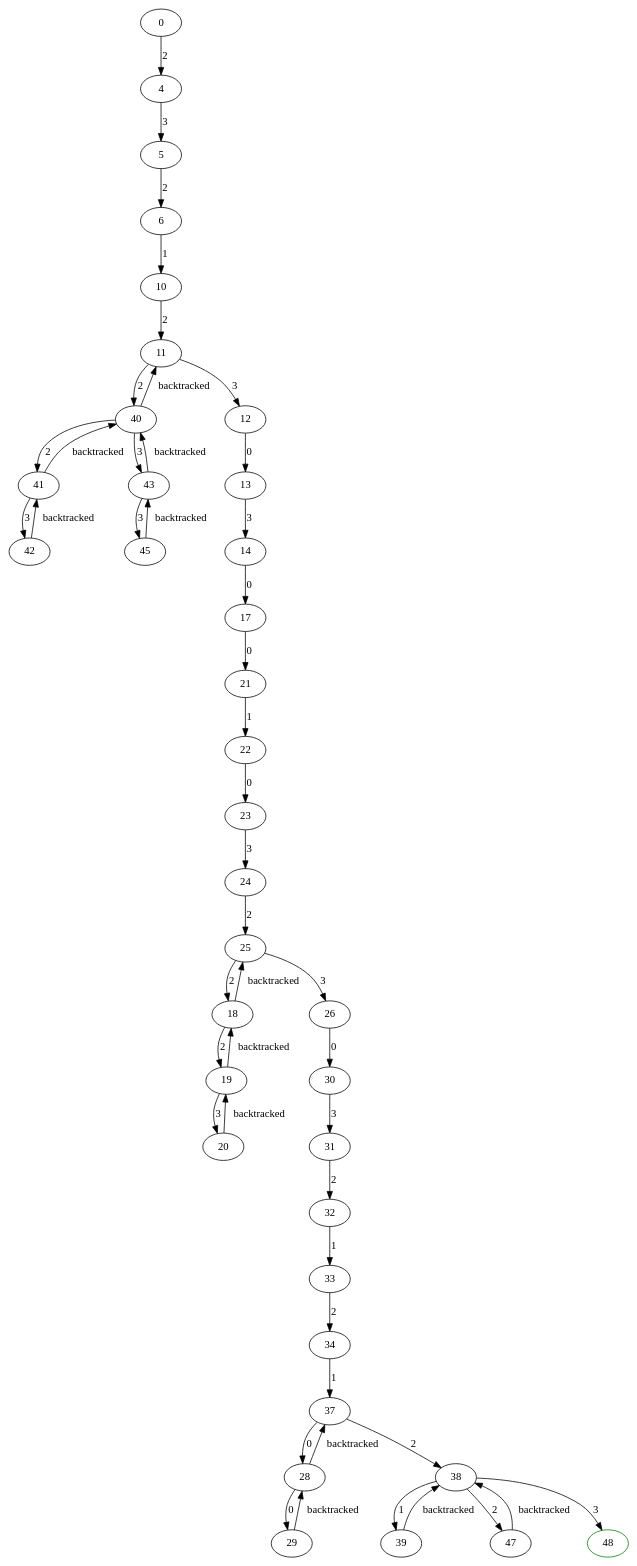
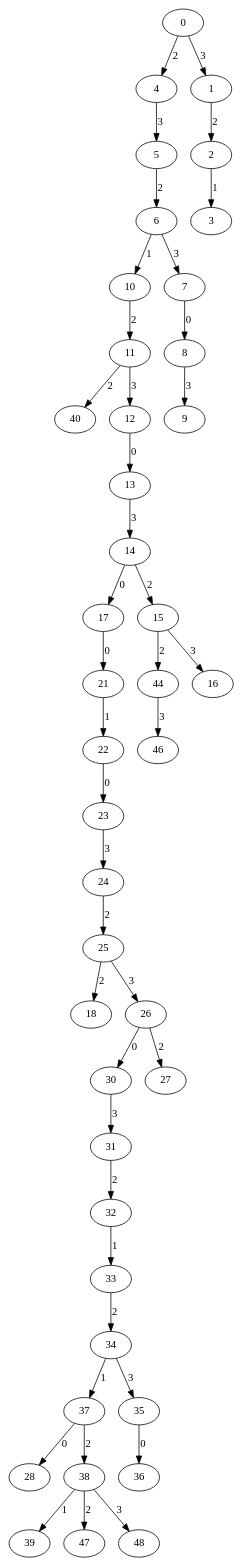
The diagram in tree.dot (lucasduartec/DCC014), drawn with Graphviz before and after one commit. The commit also changed 6 other files, not shown here.

```diff
--- a/tree.dot
+++ b/tree.dot
@@ -1,86 +1,86 @@
 strict digraph tree {
 rankdir=TB;
   0 [label="0"];
   4 [label="4"];
   5 [label="5"];
   6 [label="6"];
   10 [label="10"];
   11 [label="11"];
   40 [label="40"];
-  41 [label="41"];
-  42 [label="42"];
-  42 -> 41 [label="backtracked"];
-  41 -> 42 [label="3"];
-  41 -> 40 [label="backtracked"];
-  43 [label="43"];
-  45 [label="45"];
-  45 -> 43 [label="backtracked"];
-  43 -> 45 [label="3"];
-  43 -> 40 [label="backtracked"];
-  40 -> 41 [label="2"];
-  40 -> 43 [label="3"];
-  40 -> 11 [label="backtracked"];
   12 [label="12"];
   13 [label="13"];
   14 [label="14"];
   17 [label="17"];
   21 [label="21"];
   22 [label="22"];
   23 [label="23"];
   24 [label="24"];
   25 [label="25"];
   18 [label="18"];
-  19 [label="19"];
-  20 [label="20"];
-  20 -> 19 [label="backtracked"];
-  19 -> 20 [label="3"];
-  19 -> 18 [label="backtracked"];
-  18 -> 19 [label="2"];
-  18 -> 25 [label="backtracked"];
   26 [label="26"];
   30 [label="30"];
   31 [label="31"];
   32 [label="32"];
   33 [label="33"];
   34 [label="34"];
   37 [label="37"];
   28 [label="28"];
-  29 [label="29"];
-  29 -> 28 [label="backtracked"];
-  28 -> 29 [label="0"];
-  28 -> 37 [label="backtracked"];
   38 [label="38"];
   39 [label="39"];
-  39 -> 38 [label="backtracked"];
   47 [label="47"];
-  47 -> 38 [label="backtracked"];
-  48 [label="48", color = green];
+  48 [label="48"];
   38 -> 39 [label="1"];
   38 -> 47 [label="2"];
   38 -> 48 [label="3"];
   37 -> 28 [label="0"];
   37 -> 38 [label="2"];
+  35 [label="35"];
+  36 [label="36"];
+  35 -> 36 [label="0"];
   34 -> 37 [label="1"];
+  34 -> 35 [label="3"];
   33 -> 34 [label="2"];
   32 -> 33 [label="1"];
   31 -> 32 [label="2"];
   30 -> 31 [label="3"];
+  27 [label="27"];
   26 -> 30 [label="0"];
+  26 -> 27 [label="2"];
   25 -> 18 [label="2"];
   25 -> 26 [label="3"];
   24 -> 25 [label="2"];
   23 -> 24 [label="3"];
   22 -> 23 [label="0"];
   21 -> 22 [label="1"];
   17 -> 21 [label="0"];
+  15 [label="15"];
+  44 [label="44"];
+  46 [label="46"];
+  44 -> 46 [label="3"];
+  16 [label="16"];
+  15 -> 44 [label="2"];
+  15 -> 16 [label="3"];
   14 -> 17 [label="0"];
+  14 -> 15 [label="2"];
   13 -> 14 [label="3"];
   12 -> 13 [label="0"];
   11 -> 40 [label="2"];
   11 -> 12 [label="3"];
   10 -> 11 [label="2"];
+  7 [label="7"];
+  8 [label="8"];
+  9 [label="9"];
+  8 -> 9 [label="3"];
+  7 -> 8 [label="0"];
   6 -> 10 [label="1"];
+  6 -> 7 [label="3"];
   5 -> 6 [label="2"];
   4 -> 5 [label="3"];
+  1 [label="1"];
+  2 [label="2"];
+  3 [label="3"];
+  2 -> 3 [label="1"];
+  1 -> 2 [label="2"];
   0 -> 4 [label="2"];
+  0 -> 1 [label="3"];
 }
```
